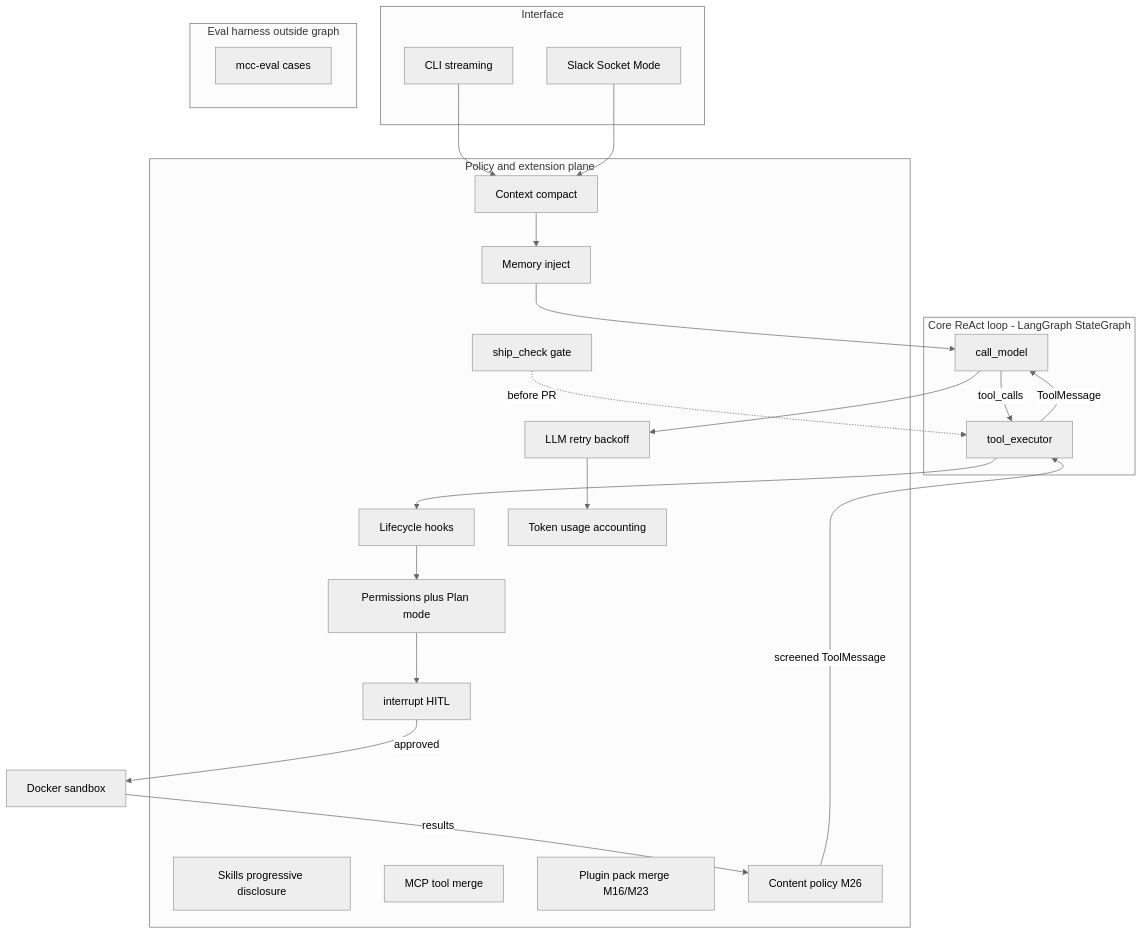
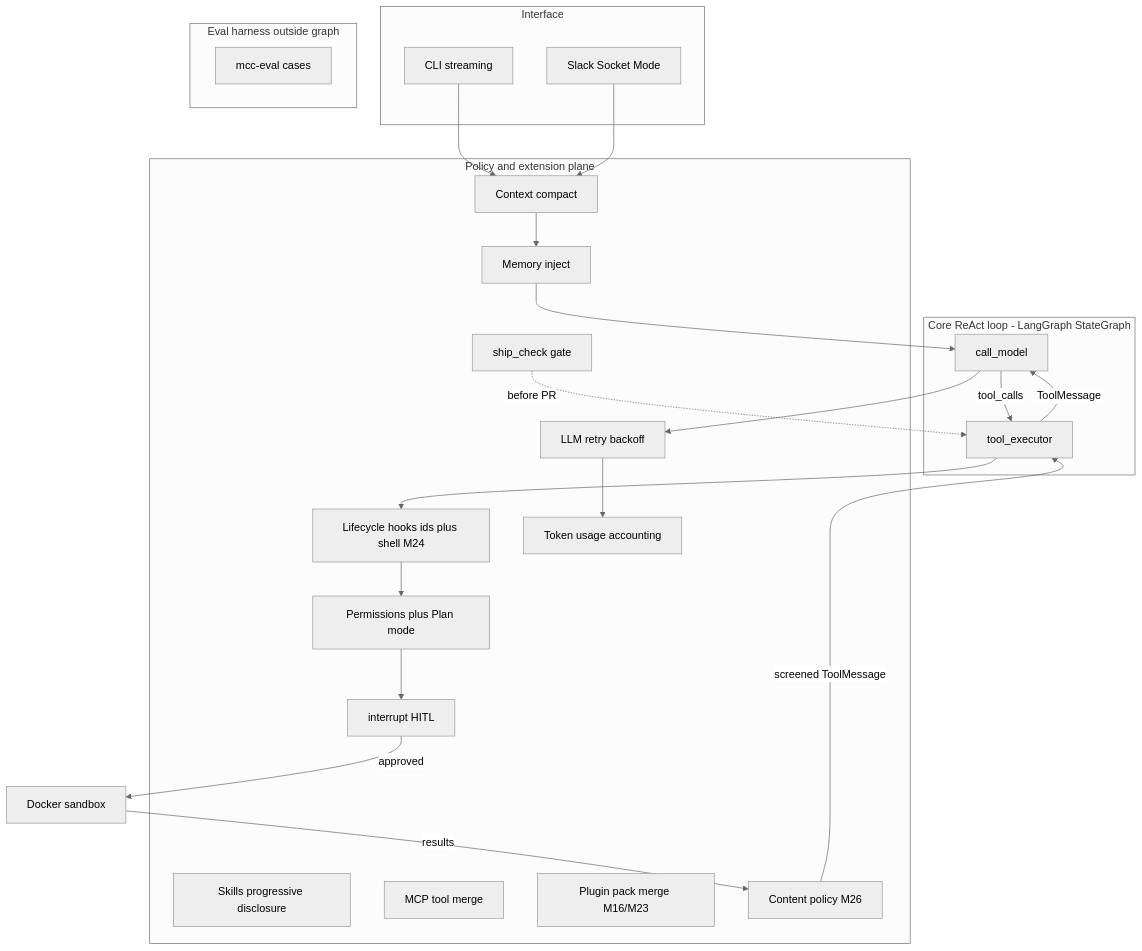
Before and after one commit to CharlotteYW/mini-claude-code: the second of 2 diagrams in docs/architecture.md, drawn with Mermaid (neutral theme). The commit also changed other lines of this file and 19 other files, not shown here.

````diff
--- a/docs/architecture.md
+++ b/docs/architecture.md
@@ -47,43 +47,43 @@
 ```mermaid
 flowchart TB
   subgraph ui [Interface]
     CLI[CLI streaming]
     Slack[Slack Socket Mode]
   end
   subgraph core [Core ReAct loop - LangGraph StateGraph]
     Model[call_model]
     Tools[tool_executor]
     Model -->|tool_calls| Tools
     Tools -->|ToolMessage| Model
   end
   subgraph plane [Policy and extension plane]
     Perm[Permissions plus Plan mode]
     HITL[interrupt HITL]
-    Hooks[Lifecycle hooks]
+    Hooks[Lifecycle hooks ids plus shell M24]
     Skills[Skills progressive disclosure]
     MCP[MCP tool merge]
     Plugins[Plugin pack merge M16/M23]
     ContentPolicy[Content policy M26]
     Compact[Context compact]
     Memory[Memory inject]
     Retry[LLM retry backoff]
     Usage[Token usage accounting]
     Ship[ship_check gate]
   end
   subgraph eval [Eval harness outside graph]
     EvalRunner[mcc-eval cases]
   end
   CLI --> Compact
   Slack --> Compact
   Compact --> Memory
   Memory --> Model
   Model --> Retry
   Retry --> Usage
   Tools --> Hooks
   Hooks --> Perm
   Perm --> HITL
   HITL -->|approved| Sandbox[Docker sandbox]
   Sandbox -->|results| ContentPolicy
   ContentPolicy -->|screened ToolMessage| Tools
   Ship -.->|before PR| Tools
 ```
````
